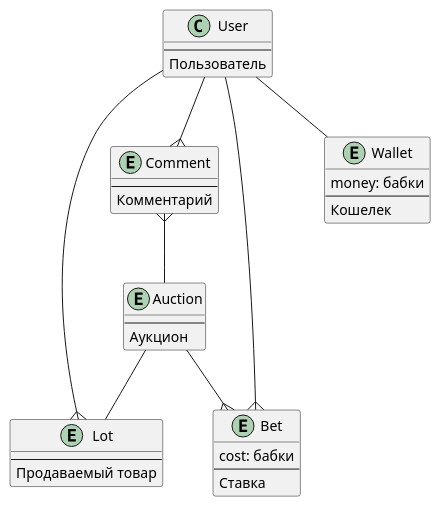
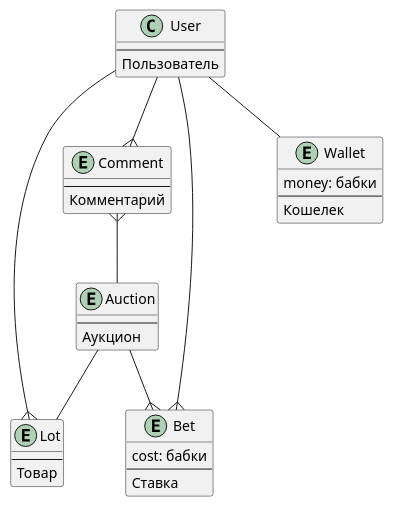
The diagram in domain.puml (dnwSilver/durchschlagen), drawn with PlantUML before and after one commit. The commit also changed 8 other files, not shown here.

```diff
--- a/domain.puml
+++ b/domain.puml
@@ -1,42 +1,42 @@
 @startuml glossery
 
 class User {
     ----
     Пользователь
 }
 
 entity Lot {
     ---
-    Продаваемый товар
+    Товар
 }
 
 entity Auction {
     ---
     Аукцион
 }
 
 entity Bet {
     cost: бабки
     ---
     Ставка
 }
 
 entity Comment {
     ---
     Комментарий
 }
 
 entity Wallet {
     money: бабки
     ---
     Кошелек
 }
 
 Auction --{ Bet
 User --{ Bet
 User --{ Lot
 Auction -- Lot
 Comment }-- Auction
 User --{ Comment
 User -- Wallet
 @enduml
```
